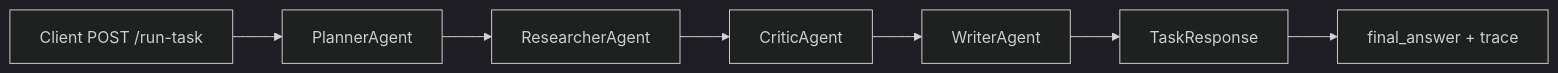
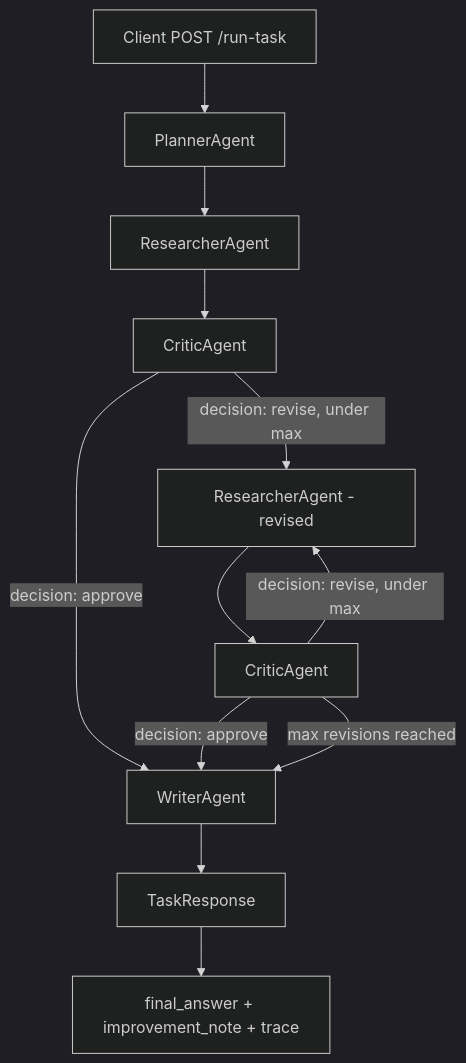
One commit to RoumaisaTanveer-digitaltribe/agent-to-agent-communication changed the diagram in README.md. Above: the diagram before and after it, drawn with Mermaid (dark theme). The commit also changed other lines of this file and 3 other files, not shown here.

````diff
--- a/README.md
+++ b/README.md
@@ -9,9 +9,14 @@
 ```mermaid
-flowchart LR
+flowchart TD
     A[Client POST /run-task] --> B[PlannerAgent]
     B --> C[ResearcherAgent]
     C --> D[CriticAgent]
-    D --> E[WriterAgent]
+    D -->|decision: approve| E[WriterAgent]
+    D -->|decision: revise, under max| C2[ResearcherAgent - revised]
+    C2 --> D2[CriticAgent]
+    D2 -->|decision: approve| E
+    D2 -->|decision: revise, under max| C2
+    D2 -->|max revisions reached| E
     E --> F[TaskResponse]
-    F --> G[final_answer + trace]
+    F --> G[final_answer + improvement_note + trace]
 ```
````
